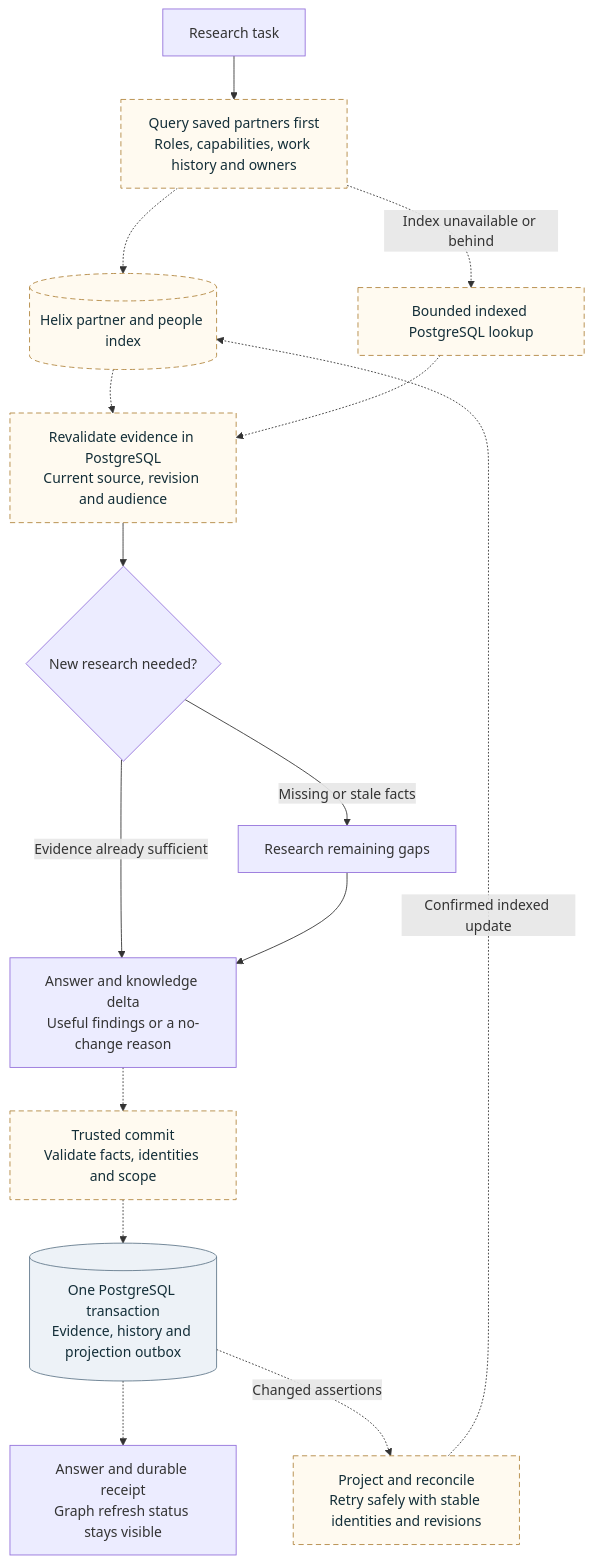
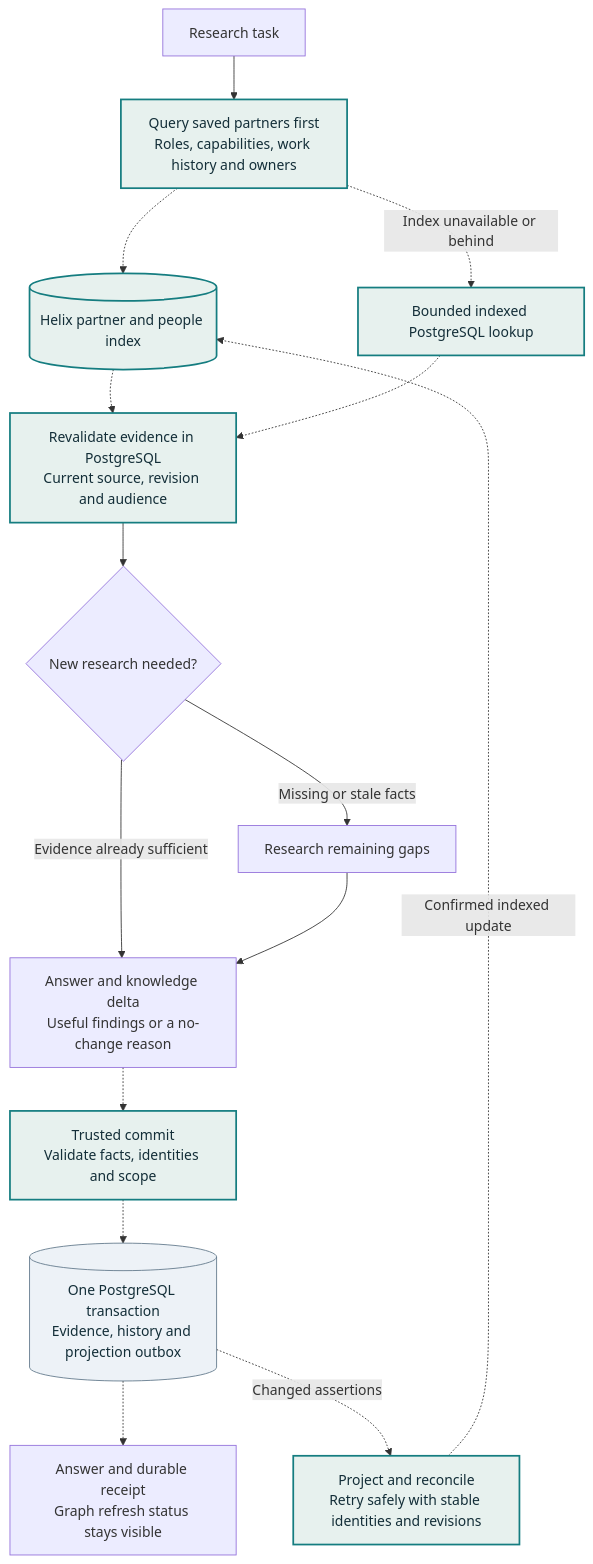
The diagram in docs/architecture/diagrams/partner-graph-research.mmd (NetRxn/Inertia), drawn with Mermaid before and after one commit. The commit also changed 27 other files, not shown here.

Commit message:
docs: synchronize architecture and funding delivery status

```diff
--- a/docs/architecture/diagrams/partner-graph-research.mmd
+++ b/docs/architecture/diagrams/partner-graph-research.mmd
@@ -1,22 +1,22 @@
 flowchart TB
  T["Research task"] --> Q["Query saved partners first<br/>Roles, capabilities, work history and owners"]
  Q -.-> HX[("Helix partner and people index")]
  HX -.-> V["Revalidate evidence in PostgreSQL<br/>Current source, revision and audience"]
  Q -.->|Index unavailable or behind| F["Bounded indexed PostgreSQL lookup"]
  F -.-> V
  V --> N{"New research needed?"}
  N -->|Missing or stale facts| R["Research remaining gaps"]
  N -->|Evidence already sufficient| A
  R --> A["Answer and knowledge delta<br/>Useful findings or a no-change reason"]
  A -.-> C["Trusted commit<br/>Validate facts, identities and scope"]
  C -.-> PG[("One PostgreSQL transaction<br/>Evidence, history and projection outbox")]
  PG -.-> O["Answer and durable receipt<br/>Graph refresh status stays visible"]
  PG -.->|Changed assertions| P["Project and reconcile<br/>Retry safely with stable identities and revisions"]
  P -.->|Confirmed indexed update| HX
- class HX,Q,F,V,C,P planned
+ class HX,Q,F,V,C,P core
  class PG store
 
  classDef core fill:#e7f1ee,stroke:#157d80,color:#132e38,stroke-width:2px
  classDef planned fill:#fffaf0,stroke:#b1853e,color:#132e38,stroke-dasharray:6 4
  classDef reviewed fill:#f5f0ff,stroke:#8064a2,color:#132e38
  classDef store fill:#edf2f7,stroke:#61788b,color:#132e38
```
